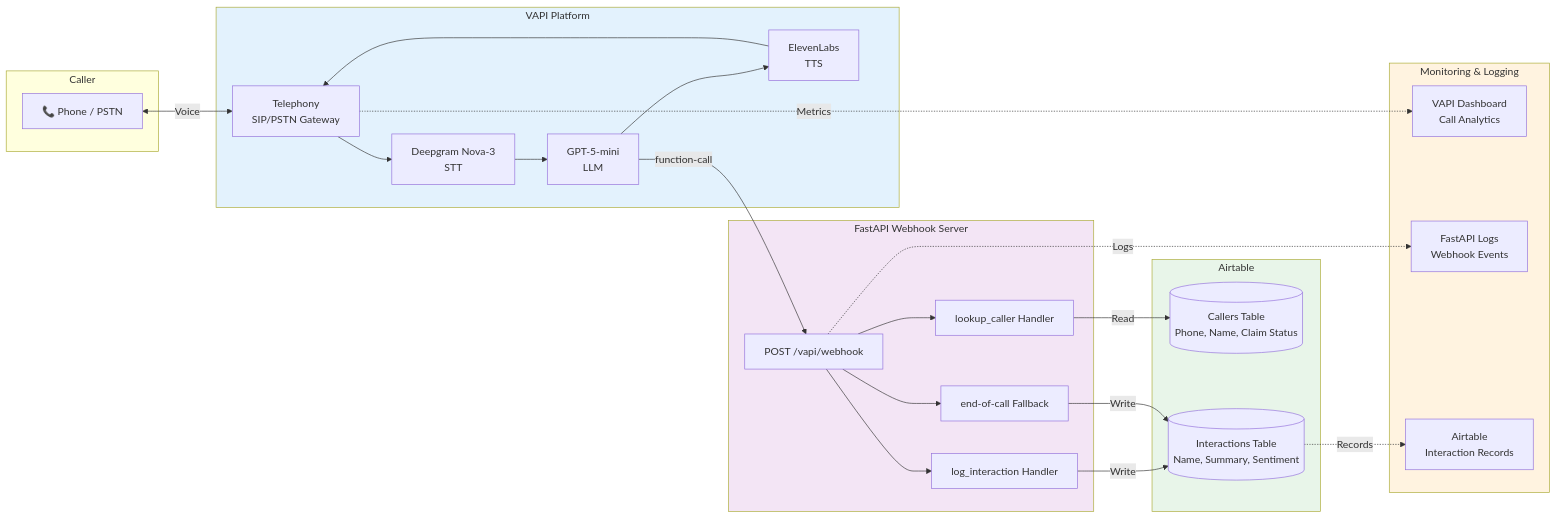
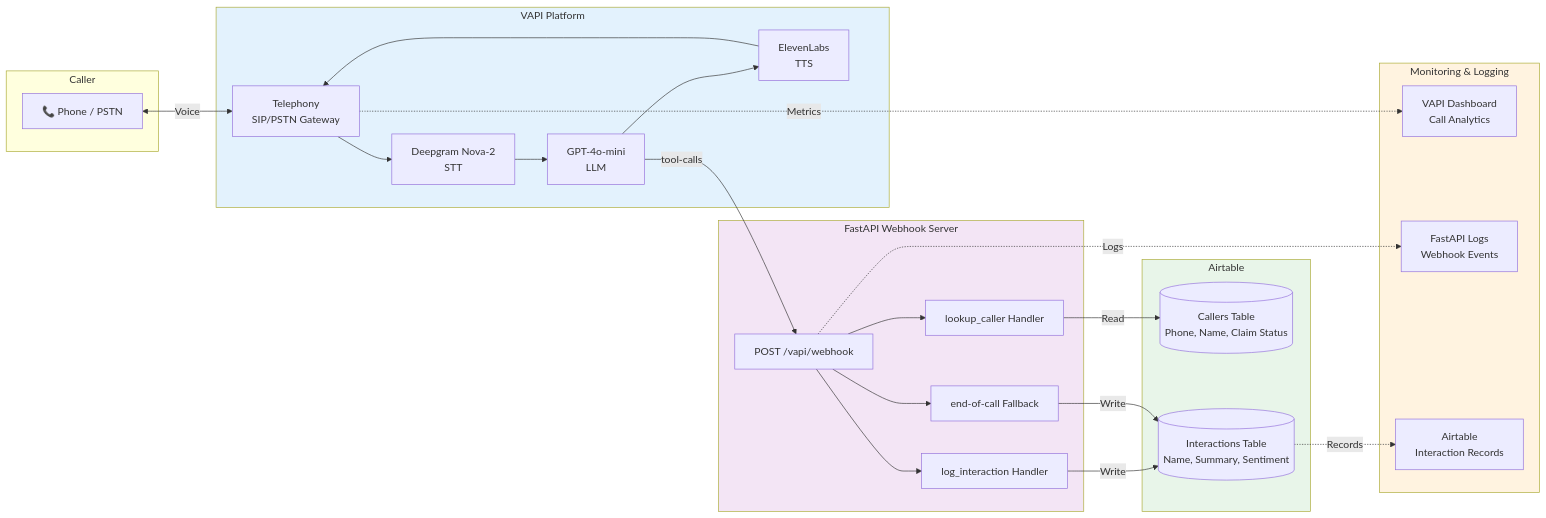
One commit to MatthewTracy/observe-ai-take-home changed the first of 3 diagrams in docs/architecture.md. Above: the diagram before and after it, drawn with Mermaid. The commit also changed other lines of this file and 1 other file, not shown here.

````diff
--- a/docs/architecture.md
+++ b/docs/architecture.md
@@ -5,49 +5,49 @@
 ```mermaid
 flowchart LR
     subgraph Caller
         A[📞 Phone / PSTN]
     end
 
     subgraph VAPI["VAPI Platform"]
         B[Telephony<br/>SIP/PSTN Gateway]
-        C[Deepgram Nova-3<br/>STT]
-        D[GPT-5-mini<br/>LLM]
+        C[Deepgram Nova-2<br/>STT]
+        D[GPT-4o-mini<br/>LLM]
         E[ElevenLabs<br/>TTS]
         B --> C --> D --> E --> B
     end
 
     subgraph Backend["FastAPI Webhook Server"]
         F[POST /vapi/webhook]
         G[lookup_caller Handler]
         H[log_interaction Handler]
         I[end-of-call Fallback]
     end
 
     subgraph Data["Airtable"]
         J[(Callers Table<br/>Phone, Name, Claim Status)]
         K[(Interactions Table<br/>Name, Summary, Sentiment)]
     end
 
     subgraph Monitoring["Monitoring & Logging"]
         L[VAPI Dashboard<br/>Call Analytics]
         M[FastAPI Logs<br/>Webhook Events]
         N[Airtable<br/>Interaction Records]
     end
 
     A <-->|Voice| B
-    D -->|"function-call"| F
+    D -->|"tool-calls"| F
     F --> G
     F --> H
     F --> I
     G -->|Read| J
     H -->|Write| K
     I -->|Write| K
     B -.->|Metrics| L
     F -.->|Logs| M
     K -.->|Records| N
 
     style VAPI fill:#e3f2fd
     style Backend fill:#f3e5f5
     style Data fill:#e8f5e9
     style Monitoring fill:#fff3e0
 ```
````
